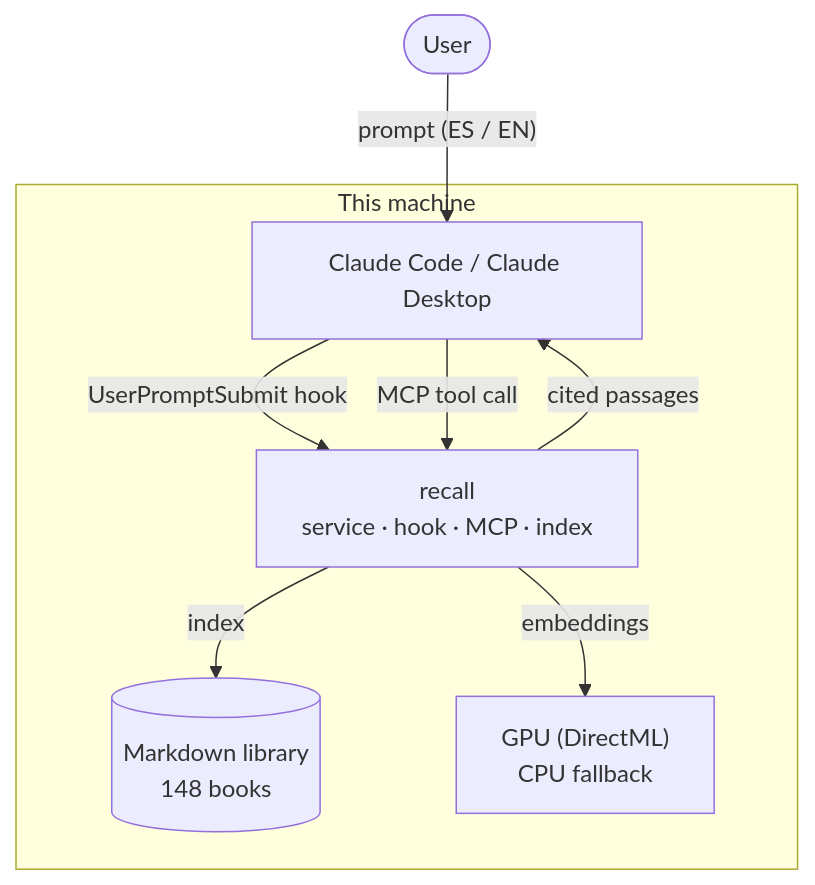
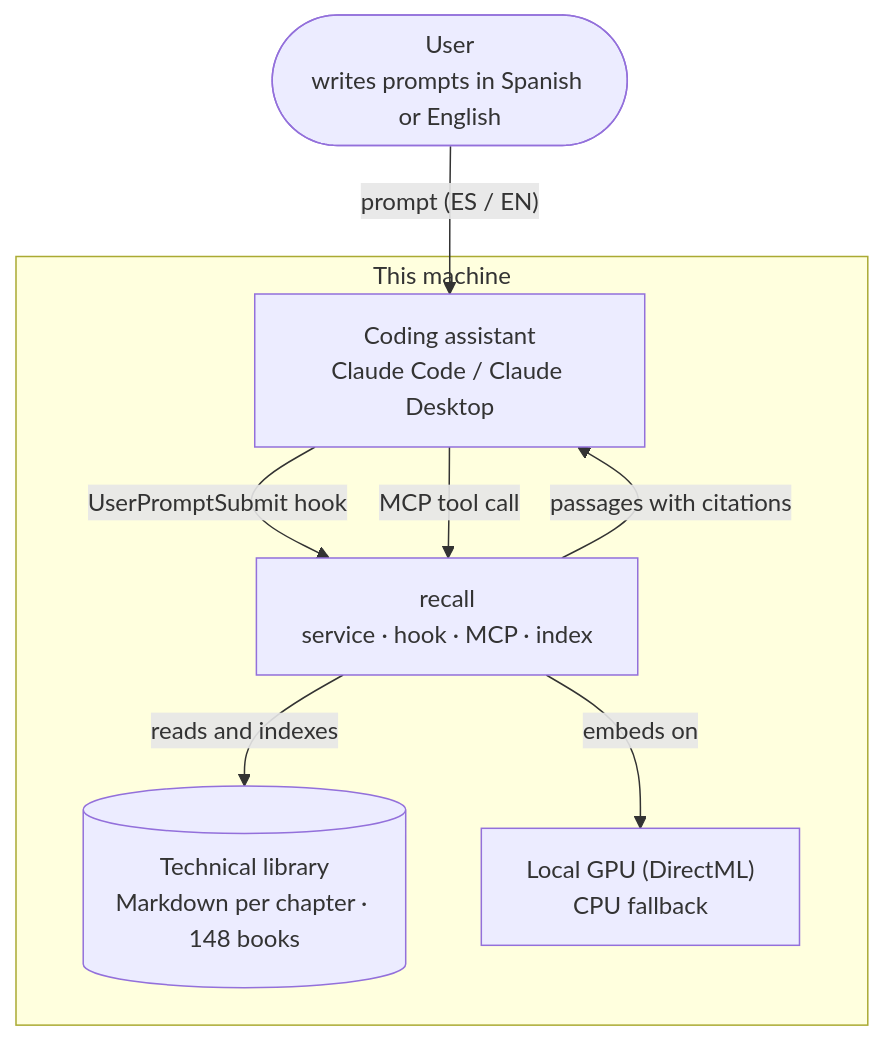
The first of 9 diagrams in docs/DIAGRAMS.md (andreshma/recall), drawn with Mermaid before and after one commit. The commit also changed other lines of this file and 20 other files, not shown here.

````diff
--- a/docs/DIAGRAMS.md
+++ b/docs/DIAGRAMS.md
@@ -12,17 +23,17 @@
 ```mermaid
 flowchart TB
-    user(["User"])
+    user(["User<br/>writes prompts in Spanish or English"])
     subgraph host["This machine"]
-        assistant["Claude Code / Claude Desktop"]
+        assistant["Coding assistant<br/>Claude Code / Claude Desktop"]
         recall["recall<br/>service · hook · MCP · index"]
-        library[("Markdown library<br/>148 books")]
-        gpu["GPU (DirectML)<br/>CPU fallback"]
+        library[("Technical library<br/>Markdown per chapter · 148 books")]
+        gpu["Local GPU (DirectML)<br/>CPU fallback"]
     end
 
     user -- "prompt (ES / EN)" --> assistant
     assistant -- "UserPromptSubmit hook" --> recall
     assistant -- "MCP tool call" --> recall
-    recall -- "cited passages" --> assistant
-    recall -- "index" --> library
-    recall -- "embeddings" --> gpu
+    recall -- "passages with citations" --> assistant
+    recall -- "reads and indexes" --> library
+    recall -- "embeds on" --> gpu
 ```
````
